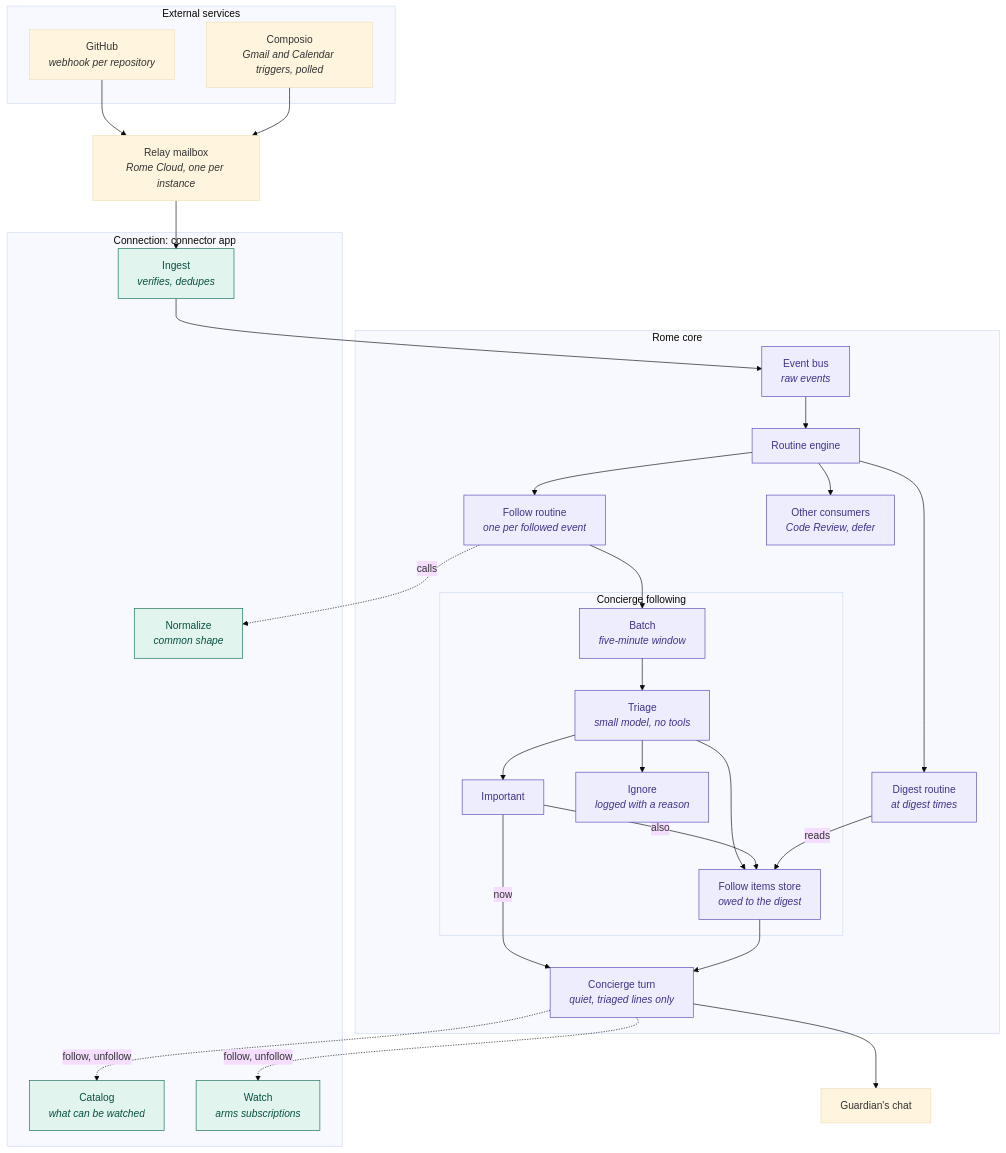
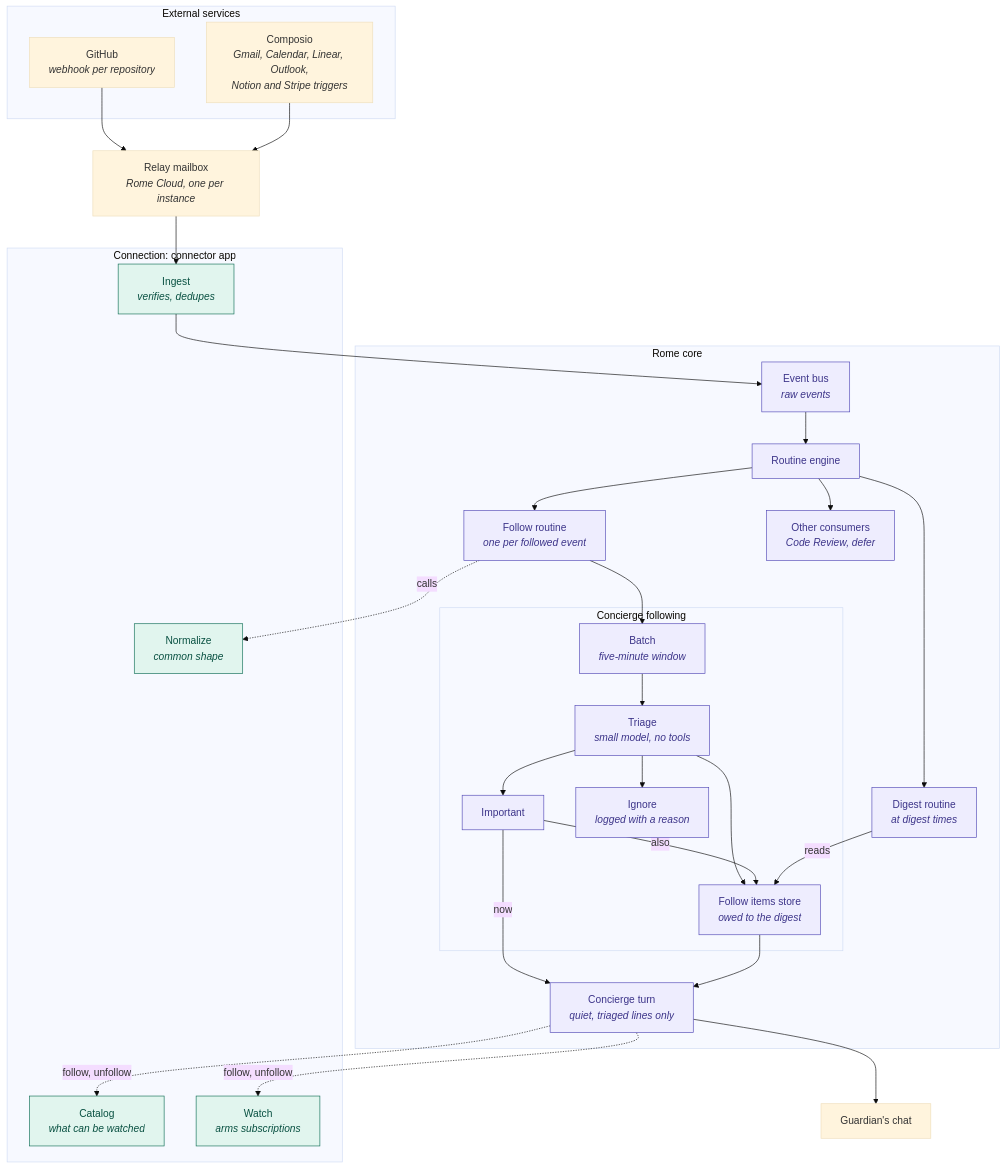
Before and after one commit to rome-os/rome: the diagram in docs/architecture/concierge-following.md, drawn with Mermaid (base theme). The commit also changed other lines of this file and 22 other files, not shown here.

First line of the commit message:
feat(connector): let the Concierge follow Linear, Outlook, Notion and Stripe

````diff
--- a/docs/architecture/concierge-following.md
+++ b/docs/architecture/concierge-following.md
@@ -7,54 +7,54 @@
 ```mermaid
 flowchart TD
     subgraph External["External services"]
         GH["GitHub<br/><i>webhook per repository</i>"]
-        CP["Composio<br/><i>Gmail and Calendar triggers, polled</i>"]
+        CP["Composio<br/><i>Gmail, Calendar, Linear, Outlook,<br/>Notion and Stripe triggers</i>"]
     end
     Relay["Relay mailbox<br/><i>Rome Cloud, one per instance</i>"]
     subgraph Conn["Connection: connector app"]
         Catalog["Catalog<br/><i>what can be watched</i>"]
         Watch["Watch<br/><i>arms subscriptions</i>"]
         Ingest["Ingest<br/><i>verifies, dedupes</i>"]
         Normalize["Normalize<br/><i>common shape</i>"]
     end
     subgraph Core["Rome core"]
         Bus["Event bus<br/><i>raw events</i>"]
         Engine["Routine engine"]
         Follow["Follow routine<br/><i>one per followed event</i>"]
         DigestRoutine["Digest routine<br/><i>at digest times</i>"]
         Others["Other consumers<br/><i>Code Review, defer</i>"]
         subgraph Following["Concierge following"]
             Batch["Batch<br/><i>five-minute window</i>"]
             Triage["Triage<br/><i>small model, no tools</i>"]
             Important["Important"]
             Store["Follow items store<br/><i>owed to the digest</i>"]
             Ignore["Ignore<br/><i>logged with a reason</i>"]
         end
         Turn["Concierge turn<br/><i>quiet, triaged lines only</i>"]
     end
     Chat["Guardian's chat"]
 
     GH --> Relay
     CP --> Relay
     Relay --> Ingest --> Bus --> Engine
     Engine --> Follow
     Engine --> DigestRoutine
     Engine --> Others
     Follow -. calls .-> Normalize
     Follow --> Batch --> Triage
     Triage --> Important
     Triage --> Store
     Triage --> Ignore
     Important -- now --> Turn
     Important -- also --> Store
     DigestRoutine -- reads --> Store
     Store --> Turn
     Turn --> Chat
     Turn -. follow, unfollow .-> Catalog
     Turn -. follow, unfollow .-> Watch
 
     classDef conn fill:#E1F5EE,stroke:#0F6E56,color:#085041
     classDef core fill:#EEEDFE,stroke:#534AB7,color:#3C3489
     class Catalog,Watch,Ingest,Normalize conn
     class Bus,Engine,Follow,DigestRoutine,Others,Batch,Triage,Important,Store,Ignore,Turn core
 ```
````
